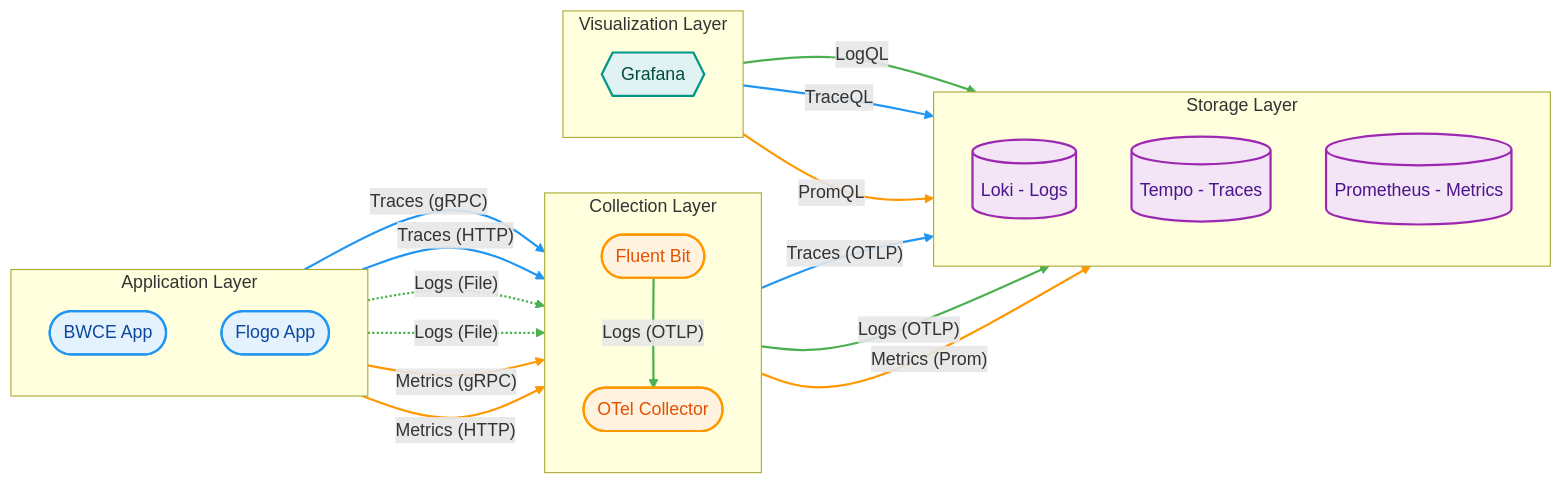
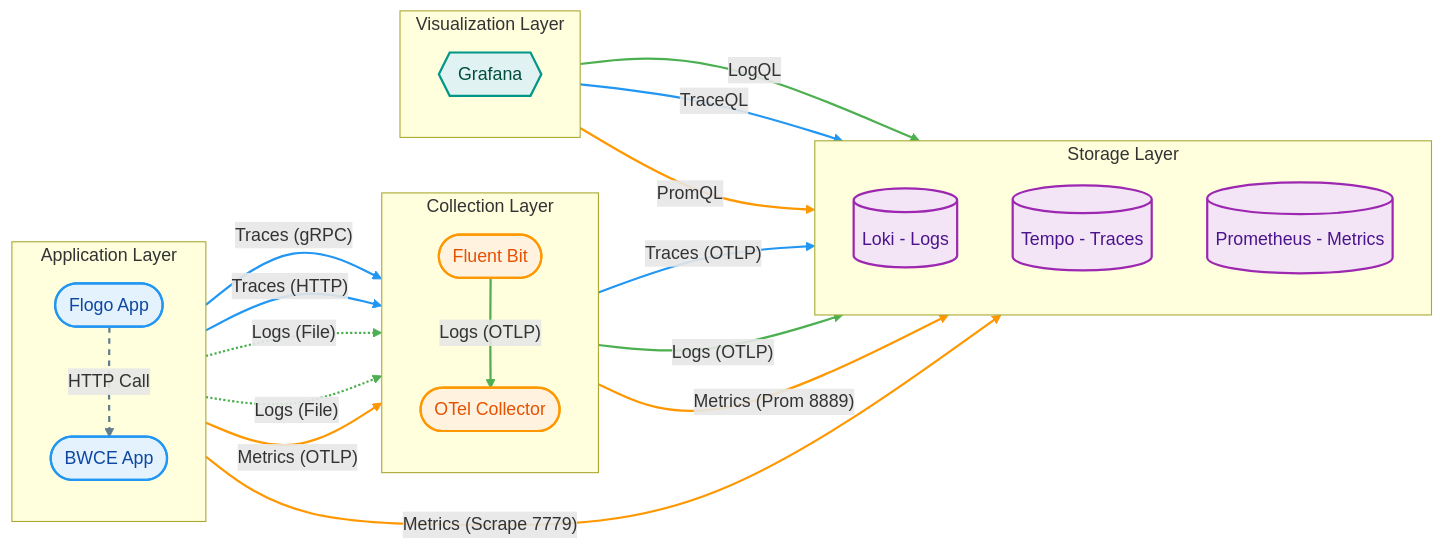
The diagram in README.md (dmassimi/monitoring), drawn with Mermaid before and after one commit. The commit also changed other lines of this file and 3 other files, not shown here.

Commit message:
added flogo env var to enable more metrics. Added prometheus scrape directly from flogo app (bypass otel collector)

````diff
--- a/README.md
+++ b/README.md
@@ -44,67 +45,73 @@
 ```mermaid
 graph LR
     %% --- Modern Pastel Styles ---
     classDef app fill:#e3f2fd,stroke:#2196f3,stroke-width:2px,color:#0d47a1
     classDef collector fill:#fff3e0,stroke:#ff9800,stroke-width:2px,color:#e65100
     classDef storage fill:#f3e5f5,stroke:#9c27b0,stroke-width:2px,color:#4a148c
     classDef viz fill:#e0f2f1,stroke:#009688,stroke-width:2px,color:#004d40
 
     %% --- Nodes ---
     subgraph App_Layer [Application Layer]
         direction TB
         BWCE([BWCE App]):::app
         FLOGO([Flogo App]):::app
     end
 
     subgraph Col_Layer [Collection Layer]
         direction TB
         FB([Fluent Bit]):::collector
         OTEL([OTel Collector]):::collector
     end
 
     subgraph Sto_Layer [Storage Layer]
         direction TB
         LOKI[(Loki - Logs)]:::storage
         TEMPO[(Tempo - Traces)]:::storage
         PROM[(Prometheus - Metrics)]:::storage
     end
 
     subgraph Viz_Layer [Visualization Layer]
         direction TB
         GRAFANA{{Grafana}}:::viz
     end
 
-    %% --- Links ---
+    %% --- Links (0-Indexed) ---
     %% Traces
     BWCE -- "Traces (gRPC)" --> OTEL
     FLOGO -- "Traces (HTTP)" --> OTEL
     
+    %% Backend Calls
+    FLOGO -- "HTTP Call" --> BWCE
+
     %% Logs
     BWCE -. "Logs (File)" .-> FB
     FLOGO -. "Logs (File)" .-> FB
     FB -- "Logs (OTLP)" --> OTEL
 
     %% Metrics
-    BWCE -- "Metrics (gRPC)" --> OTEL
-    FLOGO -- "Metrics (HTTP)" --> OTEL
+    BWCE -- "Metrics (OTLP)" --> OTEL
+    FLOGO -- "Metrics (Scrape 7779)" --> PROM
     
     %% Exports
     OTEL -- "Traces (OTLP)" --> TEMPO
     OTEL -- "Logs (OTLP)" --> LOKI
-    OTEL -- "Metrics (Prom)" --> PROM
+    OTEL -- "Metrics (Prom 8889)" --> PROM
     
     %% Queries
     GRAFANA -- "LogQL" --> LOKI
     GRAFANA -- "TraceQL" --> TEMPO
     GRAFANA -- "PromQL" --> PROM
 
     %% --- Link Styling ---
-    %% Traces Blue (Indices 0, 1, 7, 11)
-    linkStyle 0,1,7,11 stroke:#2196f3,stroke-width:2px
+    %% Traces Blue (0, 1, 8, 12)
+    linkStyle 0,1,8,12 stroke:#2196f3,stroke-width:2px
     
-    %% Logs Green (Indices 2, 3, 4, 8, 10)
-    linkStyle 2,3,4,8,10 stroke:#4caf50,stroke-width:2px
+    %% Service Call Grey (2)
+    linkStyle 2 stroke:#607d8b,stroke-width:2px,stroke-dasharray: 5 5
 
-    %% Metrics Orange (Indices 5, 6, 9, 12)
-    linkStyle 5,6,9,12 stroke:#ff9800,stroke-width:2px
+    %% Logs Green (3, 4, 5, 9, 11)
+    linkStyle 3,4,5,9,11 stroke:#4caf50,stroke-width:2px
+
+    %% Metrics Orange (6, 7, 10, 13)
+    linkStyle 6,7,10,13 stroke:#ff9800,stroke-width:2px
 ```
````
